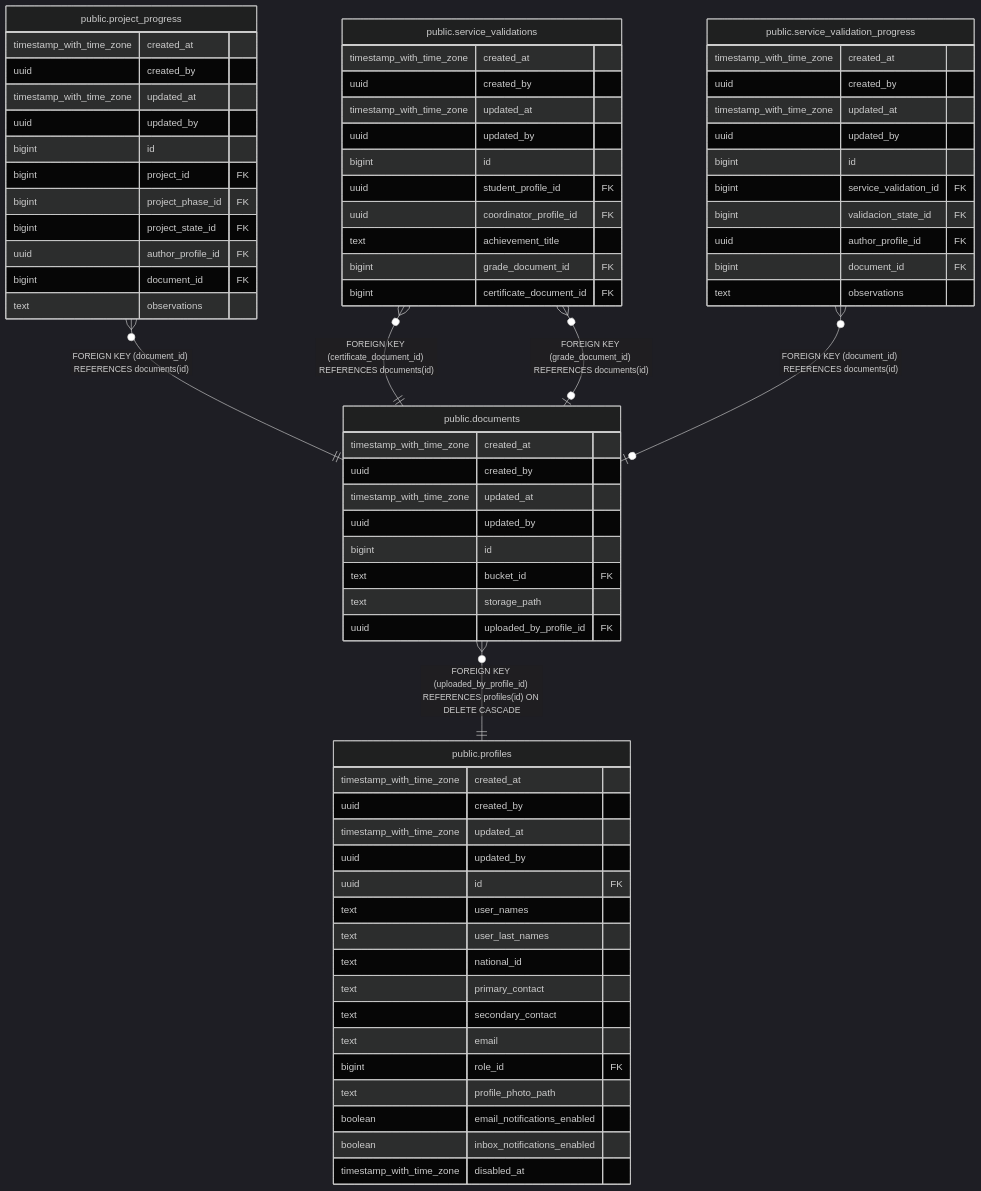
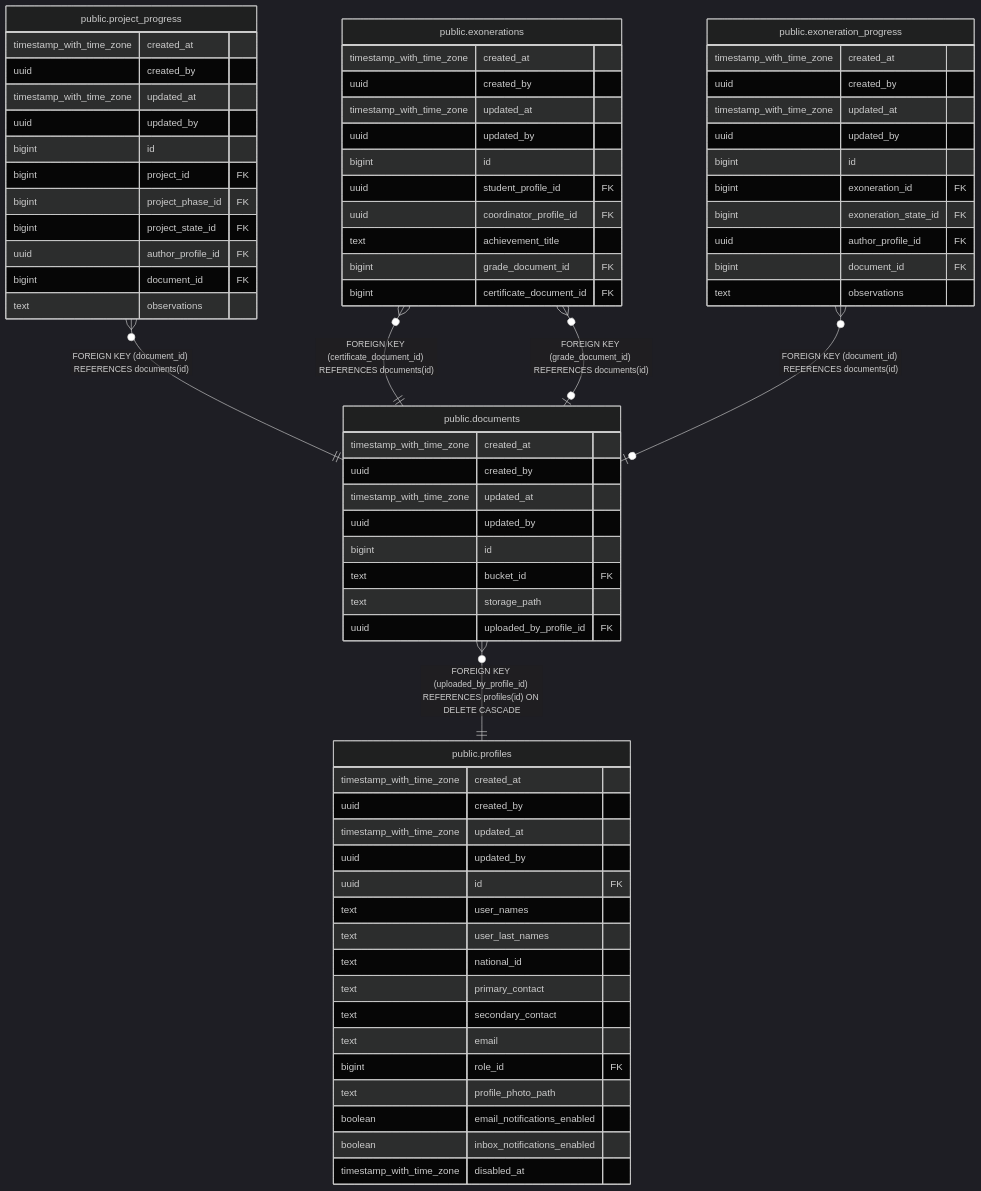
Before and after one commit to icristianhernandez/academic-service-backend: the diagram in docs/db/tbls/public.documents.md, drawn with Mermaid (dark theme). The commit also changed other lines of this file and 10 other files, not shown here.

````diff
--- a/docs/db/tbls/public.documents.md
+++ b/docs/db/tbls/public.documents.md
@@ -44,75 +44,75 @@
 ```mermaid
 erDiagram
 
 "public.project_progress" }o--|| "public.documents" : "FOREIGN KEY (document_id) REFERENCES documents(id)"
-"public.service_validations" }o--|| "public.documents" : "FOREIGN KEY (certificate_document_id) REFERENCES documents(id)"
-"public.service_validations" }o--o| "public.documents" : "FOREIGN KEY (grade_document_id) REFERENCES documents(id)"
-"public.service_validation_progress" }o--o| "public.documents" : "FOREIGN KEY (document_id) REFERENCES documents(id)"
+"public.exonerations" }o--|| "public.documents" : "FOREIGN KEY (certificate_document_id) REFERENCES documents(id)"
+"public.exonerations" }o--o| "public.documents" : "FOREIGN KEY (grade_document_id) REFERENCES documents(id)"
+"public.exoneration_progress" }o--o| "public.documents" : "FOREIGN KEY (document_id) REFERENCES documents(id)"
 "public.documents" }o--|| "public.profiles" : "FOREIGN KEY (uploaded_by_profile_id) REFERENCES profiles(id) ON DELETE CASCADE"
 
 "public.documents" {
   timestamp_with_time_zone created_at ""
   uuid created_by ""
   timestamp_with_time_zone updated_at ""
   uuid updated_by ""
   bigint id ""
   text bucket_id FK ""
   text storage_path ""
   uuid uploaded_by_profile_id FK ""
 }
 "public.project_progress" {
   timestamp_with_time_zone created_at ""
   uuid created_by ""
   timestamp_with_time_zone updated_at ""
   uuid updated_by ""
   bigint id ""
   bigint project_id FK ""
   bigint project_phase_id FK ""
   bigint project_state_id FK ""
   uuid author_profile_id FK ""
   bigint document_id FK ""
   text observations ""
 }
-"public.service_validations" {
+"public.exonerations" {
   timestamp_with_time_zone created_at ""
   uuid created_by ""
   timestamp_with_time_zone updated_at ""
   uuid updated_by ""
   bigint id ""
   uuid student_profile_id FK ""
   uuid coordinator_profile_id FK ""
   text achievement_title ""
   bigint grade_document_id FK ""
   bigint certificate_document_id FK ""
 }
-"public.service_validation_progress" {
+"public.exoneration_progress" {
   timestamp_with_time_zone created_at ""
   uuid created_by ""
   timestamp_with_time_zone updated_at ""
   uuid updated_by ""
   bigint id ""
-  bigint service_validation_id FK ""
-  bigint validacion_state_id FK ""
+  bigint exoneration_id FK ""
+  bigint exoneration_state_id FK ""
   uuid author_profile_id FK ""
   bigint document_id FK ""
   text observations ""
 }
 "public.profiles" {
   timestamp_with_time_zone created_at ""
   uuid created_by ""
   timestamp_with_time_zone updated_at ""
   uuid updated_by ""
   uuid id FK ""
   text user_names ""
   text user_last_names ""
   text national_id ""
   text primary_contact ""
   text secondary_contact ""
   text email ""
   bigint role_id FK ""
   text profile_photo_path ""
   boolean email_notifications_enabled ""
   boolean inbox_notifications_enabled ""
   timestamp_with_time_zone disabled_at ""
 }
 ```
````
